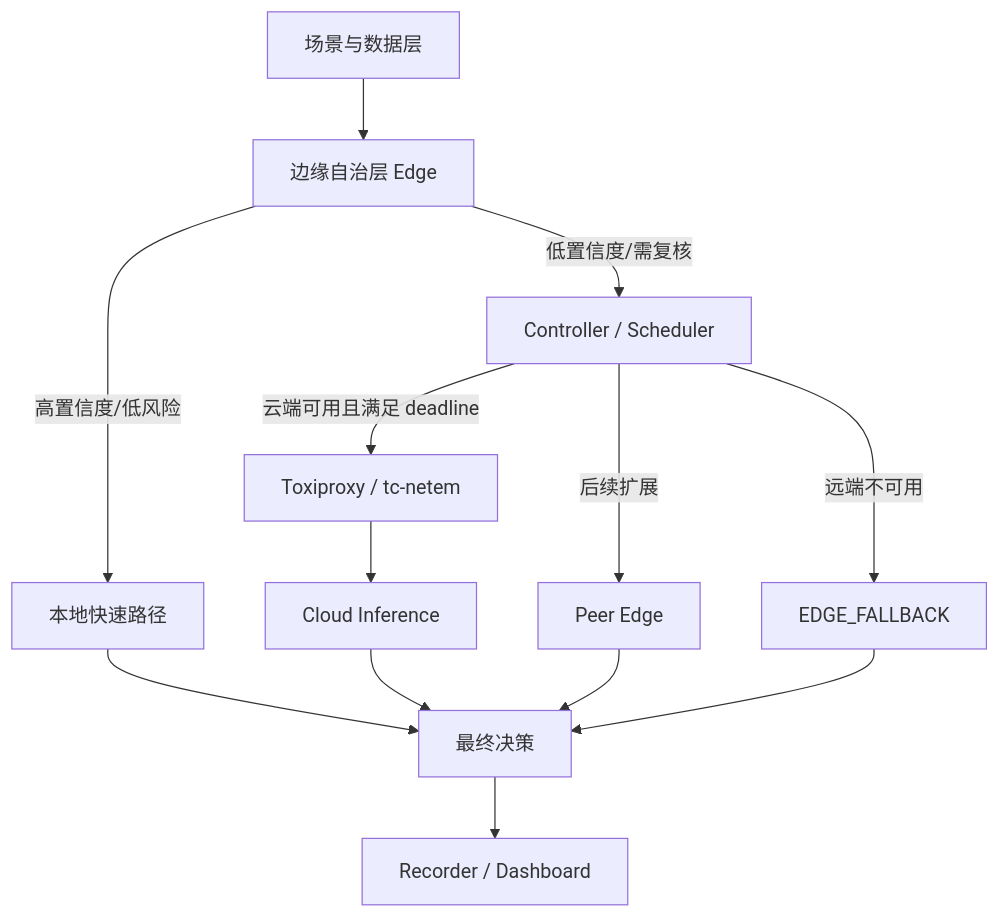
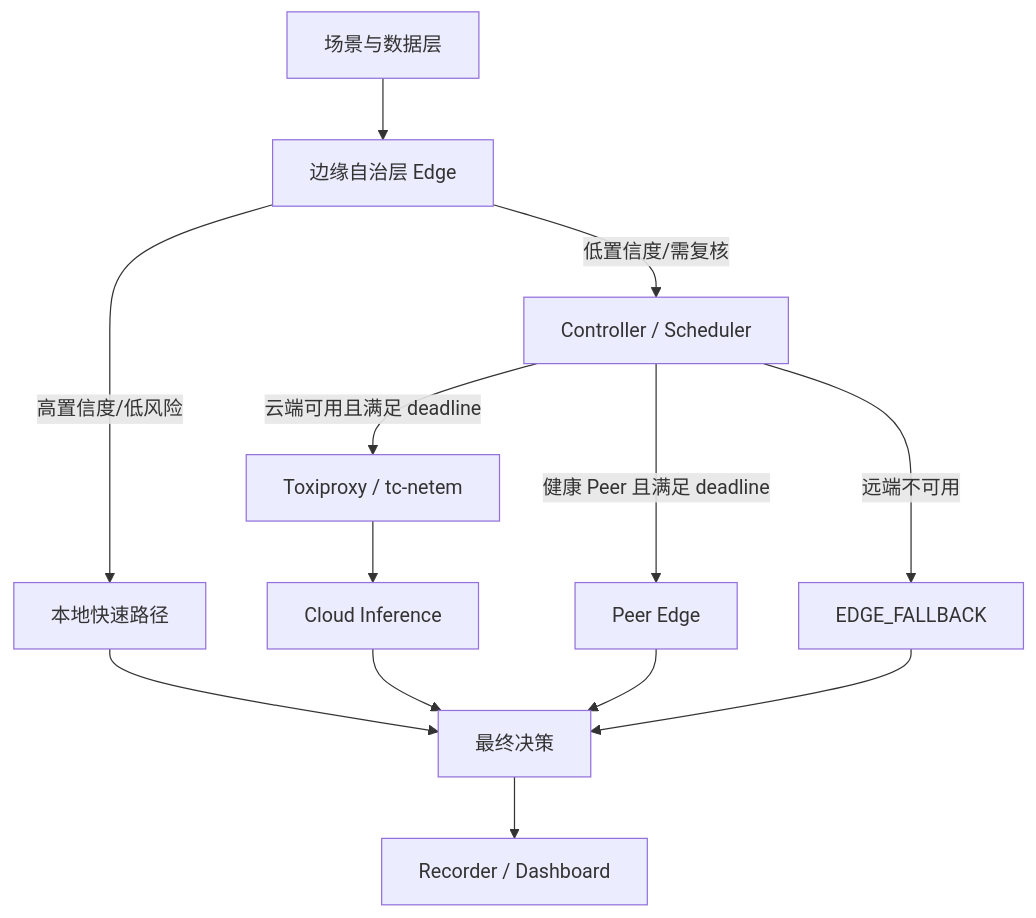
The diagram in README.md (jry21223/cloud-edge-decision-system), drawn with Mermaid before and after one commit. The commit also changed other lines of this file and 54 other files, not shown here.

````diff
--- a/README.md
+++ b/README.md
@@ -12,15 +13,15 @@
 ```mermaid
 flowchart TB
     A[场景与数据层] --> B[边缘自治层 Edge]
     B -->|高置信度/低风险| C[本地快速路径]
     B -->|低置信度/需复核| D[Controller / Scheduler]
     D -->|云端可用且满足 deadline| E[Toxiproxy / tc-netem]
     E --> F[Cloud Inference]
-    D -->|后续扩展| G[Peer Edge]
+    D -->|健康 Peer 且满足 deadline| G[Peer Edge]
     D -->|远端不可用| H[EDGE_FALLBACK]
     C --> I[最终决策]
     F --> I
     G --> I
     H --> I
     I --> J[Recorder / Dashboard]
 ```
````
